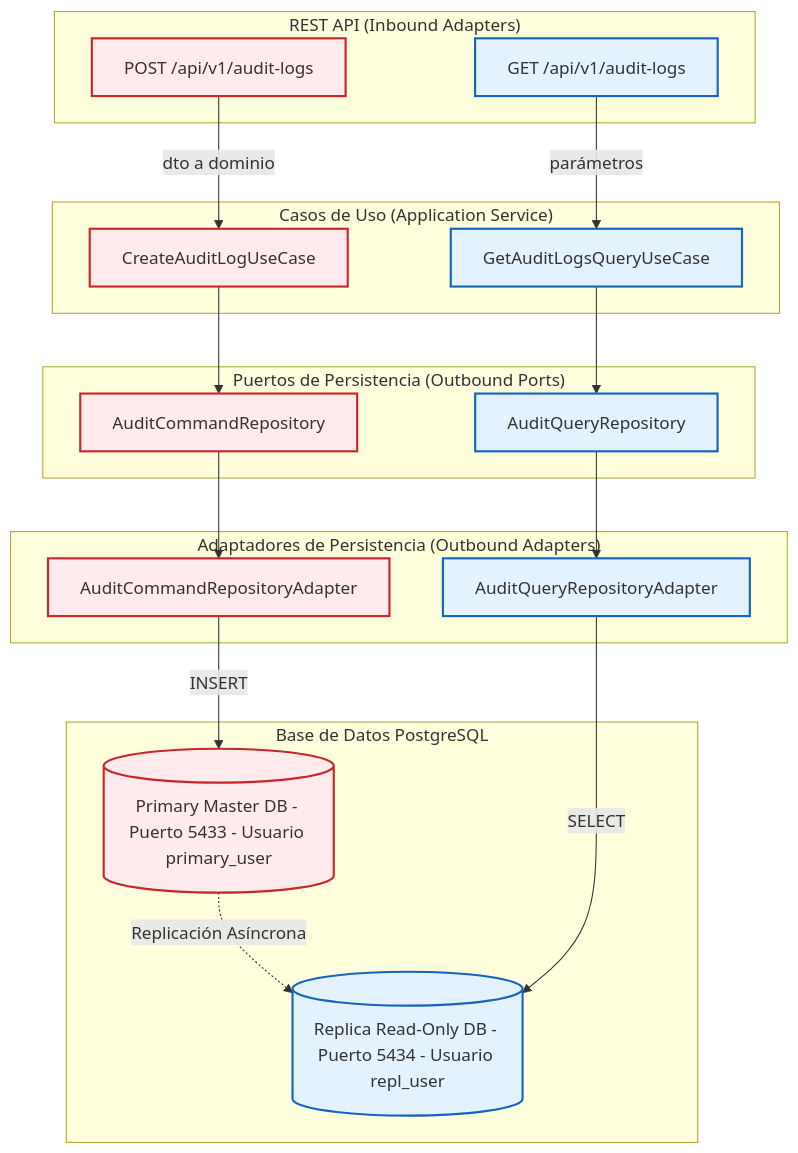
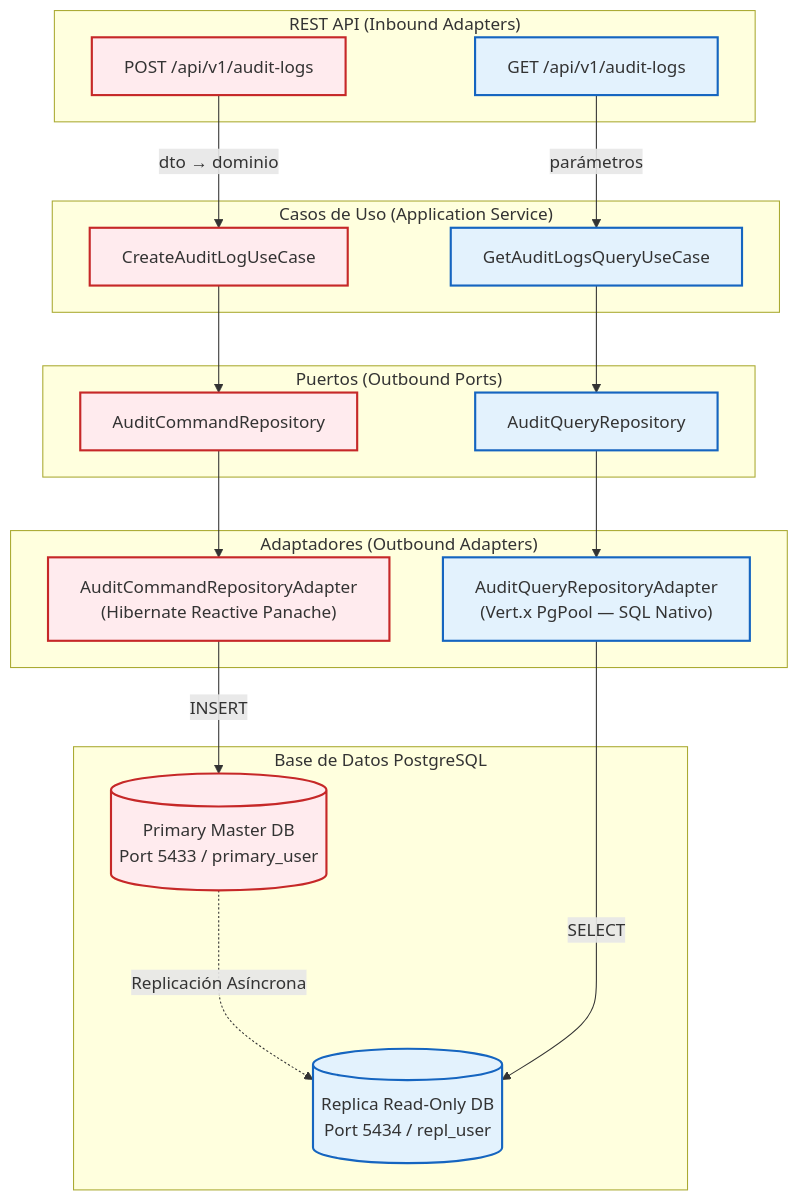
One commit to teamdroid-trainer/docs-docusaurus-trainer changed the first of 3 diagrams in docs/backend-java-quarkus/04-persistencia-cache/persistencia-cqrs-postgres.md. Above: the diagram before and after it, drawn with Mermaid. The commit also changed other lines of this file and 35 other files, not shown here.

````diff
--- a/docs/backend-java-quarkus/04-persistencia-cache/persistencia-cqrs-postgres.md
+++ b/docs/backend-java-quarkus/04-persistencia-cache/persistencia-cqrs-postgres.md
@@ -57,43 +18,43 @@
 ```mermaid
 graph TD
     subgraph InboundAPI ["REST API (Inbound Adapters)"]
-        C_API[POST /api/v1/audit-logs]
-        Q_API[GET /api/v1/audit-logs]
+        C_API["POST /api/v1/audit-logs"]
+        Q_API["GET /api/v1/audit-logs"]
     end
 
     subgraph CasosDeUso ["Casos de Uso (Application Service)"]
         CMD_UC[CreateAuditLogUseCase]
         QRY_UC[GetAuditLogsQueryUseCase]
     end
 
-    subgraph PuertosOutbound ["Puertos de Persistencia (Outbound Ports)"]
+    subgraph PuertosOutbound ["Puertos (Outbound Ports)"]
         CMD_PORT[AuditCommandRepository]
         QRY_PORT[AuditQueryRepository]
     end
 
-    subgraph AdaptadoresOutbound ["Adaptadores de Persistencia (Outbound Adapters)"]
-        CMD_ADAPT[AuditCommandRepositoryAdapter]
-        QRY_ADAPT[AuditQueryRepositoryAdapter]
+    subgraph AdaptadoresOutbound ["Adaptadores (Outbound Adapters)"]
+        CMD_ADAPT["AuditCommandRepositoryAdapter<br/>(Hibernate Reactive Panache)"]
+        QRY_ADAPT["AuditQueryRepositoryAdapter<br/>(Vert.x PgPool — SQL Nativo)"]
     end
 
     subgraph PostgreSQL ["Base de Datos PostgreSQL"]
-        DB_MASTER[(Primary Master DB - Puerto 5433 - Usuario primary_user)]
-        DB_REPLICA[(Replica Read-Only DB - Puerto 5434 - Usuario repl_user)]
-        DB_MASTER -.->|Replicación Asíncrona| DB_REPLICA
+        DB_MASTER[("Primary Master DB<br/>Port 5433 / primary_user")]
+        DB_REPLICA[("Replica Read-Only DB<br/>Port 5434 / repl_user")]
+        DB_MASTER -..->|Replicación Asíncrona| DB_REPLICA
     end
 
-    C_API -->|dto a dominio| CMD_UC
+    C_API -->|dto → dominio| CMD_UC
     CMD_UC --> CMD_PORT
     CMD_PORT --> CMD_ADAPT
     CMD_ADAPT -->|INSERT| DB_MASTER
 
     Q_API -->|parámetros| QRY_UC
     QRY_UC --> QRY_PORT
     QRY_PORT --> QRY_ADAPT
     QRY_ADAPT -->|SELECT| DB_REPLICA
 
     classDef write fill:#ffebee,stroke:#c62828,stroke-width:2px;
     classDef read fill:#e3f2fd,stroke:#1565c0,stroke-width:2px;
     class C_API,CMD_UC,CMD_PORT,CMD_ADAPT,DB_MASTER write;
     class Q_API,QRY_UC,QRY_PORT,QRY_ADAPT,DB_REPLICA read;
 ```
````
